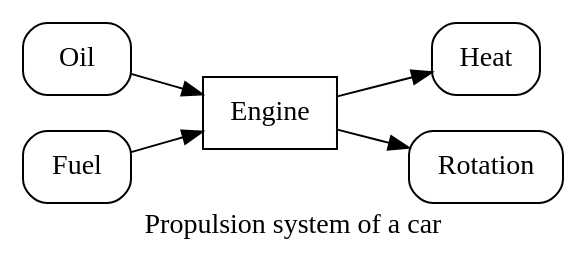
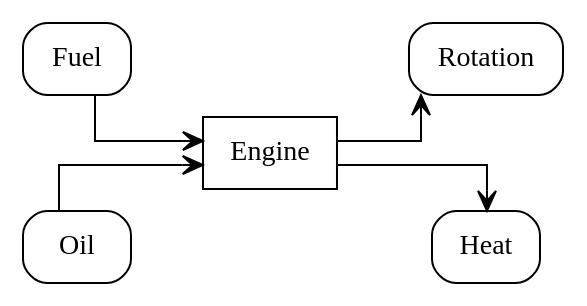
The diagram in examples/car.dot (mknecht/dreitafel), drawn with Graphviz before and after one commit. The commit also changed other lines of this file and 7 other files, not shown here.

```diff
--- a/examples/car.dot
+++ b/examples/car.dot
@@ -1,28 +1,27 @@
 # Generated with Dreitafel
 # https://github.com/mknecht/dreitafel
-#
-# Source:
-#   (Oil) -> [Engine] -> (Heat) (Fuel) -> [Engine] -> (Rotation)
 
-digraph "Propulsion system of a car" {
-        
-        label="\G";
-        # horizontal layout
-        rankdir=LR;
-        
-        # Actors
-        Engine[shape=box];
-        Engine[shape=box];
-        
-        # Storages
-        Oil[shape=box,style=rounded];
-        Heat[shape=box,style=rounded];
-        Fuel[shape=box,style=rounded];
-        Rotation[shape=box,style=rounded];
-        
-        # Accesses
-        Oil -> Engine;
-        Engine -> Heat;
-        Fuel -> Engine;
-        Engine -> Rotation;
+digraph "My first diagram" {
+
+# horizontal layout
+rankdir=LR;
+splines=ortho;
+nodesep=0.8;
+arrowhead=vee;
+
+# Actors
+Engine[shape=box];
+Engine[shape=box];
+
+# Storages
+Fuel[shape=box,style=rounded];
+Rotation[shape=box,style=rounded];
+Oil[shape=box,style=rounded];
+Heat[shape=box,style=rounded];
+
+# Accesses
+Fuel -> Engine [arrowhead=vee];
+Engine -> Rotation  [arrowhead=vee];
+Oil -> Engine [arrowhead=vee];
+Engine -> Heat  [arrowhead=vee];
 } // end digraph
```
